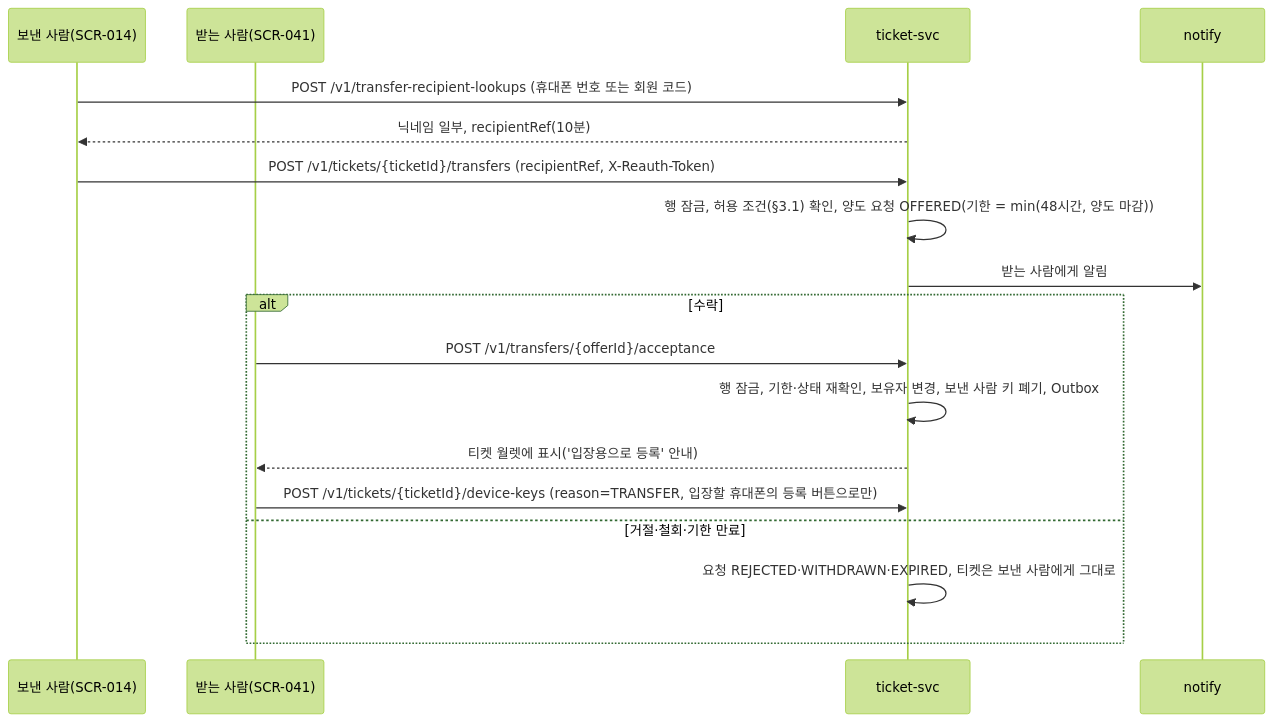
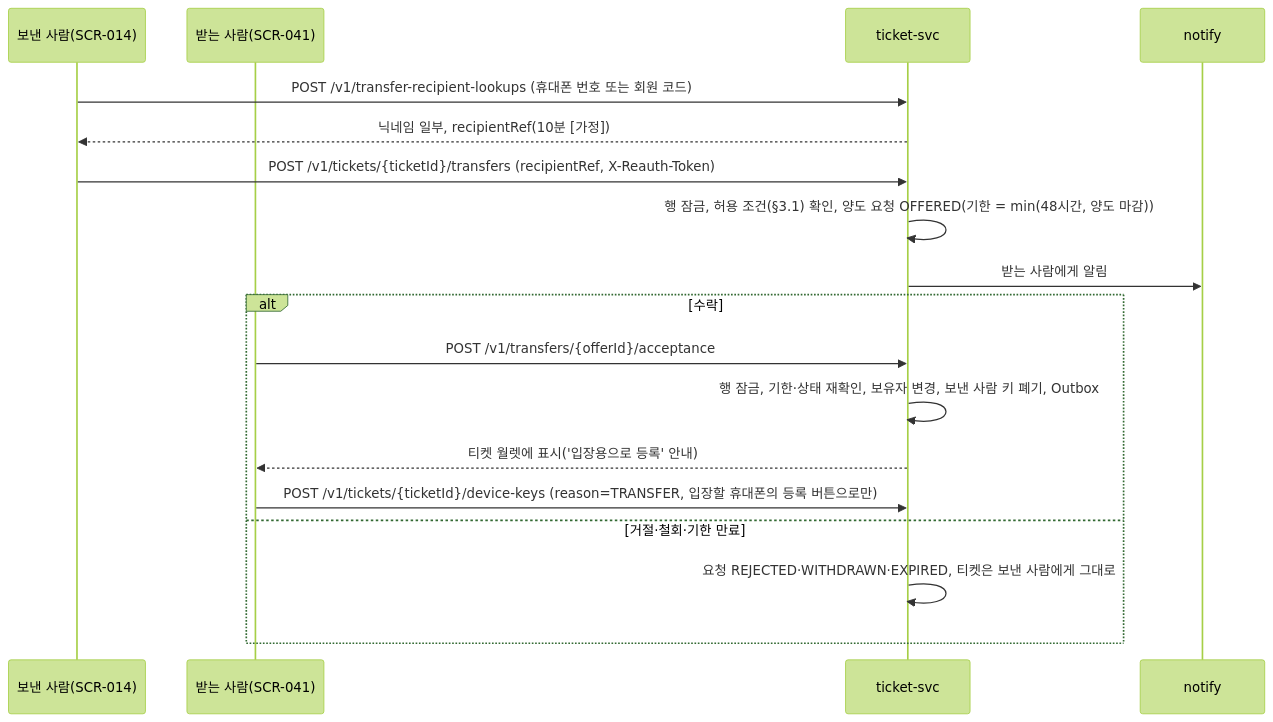
The second of 4 diagrams in docs/features/transfer-refund.md (peaket/peaket), drawn with Mermaid (forest theme) before and after one commit. The commit also changed other lines of this file and 85 other files, not shown here.

````diff
--- a/docs/features/transfer-refund.md
+++ b/docs/features/transfer-refund.md
@@ -134,20 +134,20 @@
 ```mermaid
 sequenceDiagram
     participant S as 보낸 사람(SCR-014)
     participant R as 받는 사람(SCR-041)
     participant TK as ticket-svc
     participant N as notify
     S->>TK: POST /v1/transfer-recipient-lookups (휴대폰 번호 또는 회원 코드)
-    TK-->>S: 닉네임 일부, recipientRef(10분)
+    TK-->>S: 닉네임 일부, recipientRef(10분 [가정])
     S->>TK: POST /v1/tickets/{ticketId}/transfers (recipientRef, X-Reauth-Token)
     TK->>TK: 행 잠금, 허용 조건(§3.1) 확인, 양도 요청 OFFERED(기한 = min(48시간, 양도 마감))
     TK->>N: 받는 사람에게 알림
     alt 수락
         R->>TK: POST /v1/transfers/{offerId}/acceptance
         TK->>TK: 행 잠금, 기한·상태 재확인, 보유자 변경, 보낸 사람 키 폐기, Outbox
         TK-->>R: 티켓 월렛에 표시('입장용으로 등록' 안내)
         R->>TK: POST /v1/tickets/{ticketId}/device-keys (reason=TRANSFER, 입장할 휴대폰의 등록 버튼으로만)
     else 거절·철회·기한 만료
         TK->>TK: 요청 REJECTED·WITHDRAWN·EXPIRED, 티켓은 보낸 사람에게 그대로
     end
 ```
````
